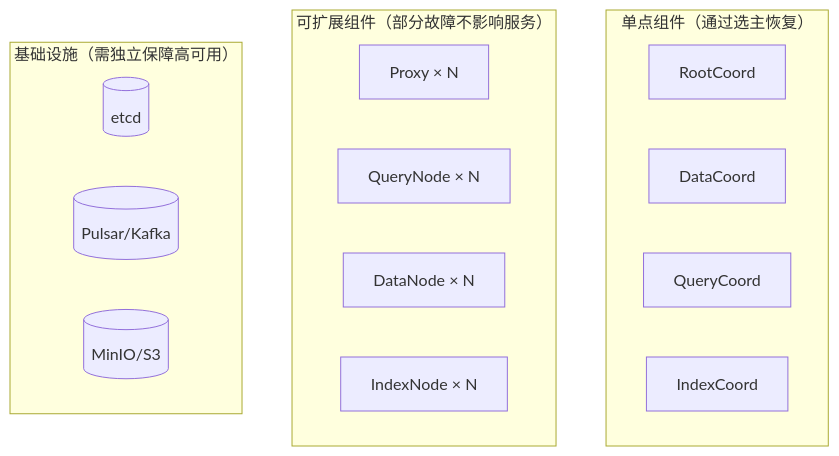
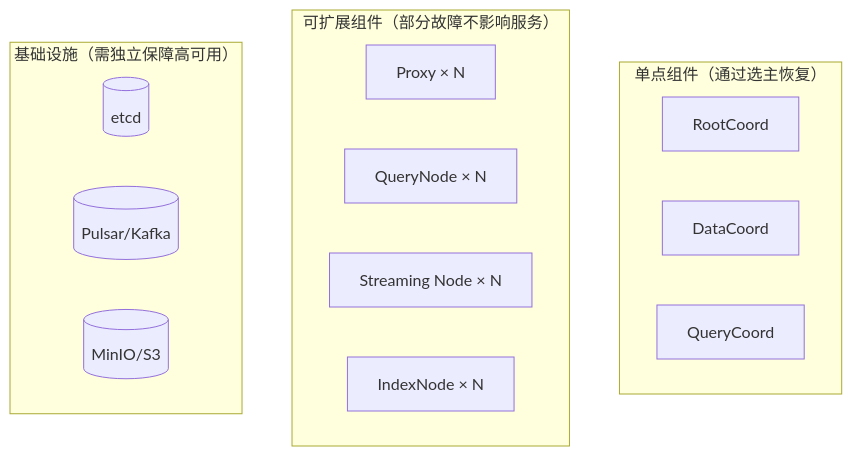
One commit to yuanmomoya/milvus changed the first of 5 diagrams in milvus-master-course/docs/19-Milvus高可用设计.md. Above: the diagram before and after it, drawn with Mermaid. The commit also changed other lines of this file and 341 other files, not shown here.

````diff
--- a/milvus-master-course/docs/19-Milvus高可用设计.md
+++ b/milvus-master-course/docs/19-Milvus高可用设计.md
@@ -17,22 +17,21 @@
 ```mermaid
 flowchart TB
     subgraph SG_AUTO_1["单点组件（通过选主恢复）"]
         RC["RootCoord"]
         DC["DataCoord"]
         QC["QueryCoord"]
-        IC["IndexCoord"]
     end
 
     subgraph SG_AUTO_2["可扩展组件（部分故障不影响服务）"]
         Proxy["Proxy × N"]
         QN["QueryNode × N"]
-        DN["DataNode × N"]
+        SN["Streaming Node × N"]
         IN["IndexNode × N"]
     end
 
     subgraph SG_AUTO_3["基础设施（需独立保障高可用）"]
         Etcd[("etcd")]
         MQ[("Pulsar/Kafka")]
         S3[("MinIO/S3")]
     end
 ```
````
